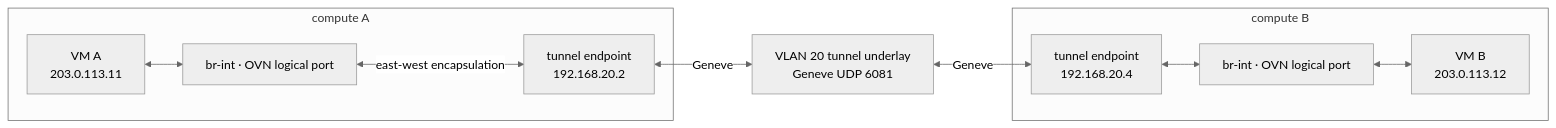
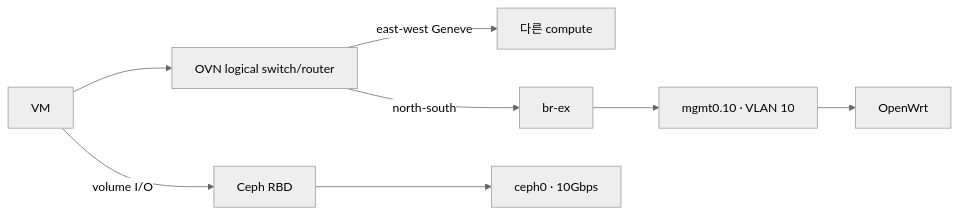
The second of 2 diagrams in docs/network-segmentation.md (overture-1928/Infra), drawn with Mermaid (neutral theme) before and after one commit. The commit also changed other lines of this file and 39 other files, not shown here.

First line of the commit message:
Deploy fresh three-node Ceph OpenStack

````diff
--- a/docs/network-segmentation.md
+++ b/docs/network-segmentation.md
@@ -174,23 +74,11 @@
 ```mermaid
 flowchart LR
-    subgraph source["compute A"]
-        vma["VM A<br/>203.0.113.11"]
-        inta["br-int · OVN logical port"]
-        tuna["tunnel endpoint<br/>192.168.20.2"]
-    end
+  VM["VM"] --> OVN["OVN logical switch/router"]
+  OVN -->|"east-west Geneve"| COMPUTE["다른 compute"]
+  OVN -->|"north-south"| BR["br-ex"]
+  BR --> VLAN["mgmt0.10 · VLAN 10"]
+  VLAN --> ROUTER["OpenWrt"]
 
-    tnet["VLAN 20 tunnel underlay<br/>Geneve UDP 6081"]
-
-    subgraph destination["compute B"]
-        tunb["tunnel endpoint<br/>192.168.20.4"]
-        intb["br-int · OVN logical port"]
-        vmb["VM B<br/>203.0.113.12"]
-    end
-
-    vma <--> inta
-    inta <-->|"east-west encapsulation"| tuna
-    tuna <-->|"Geneve"| tnet
-    tnet <-->|"Geneve"| tunb
-    tunb <--> intb
-    intb <--> vmb
+  VM -->|"volume I/O"| RBD["Ceph RBD"]
+  RBD --> CEPH["ceph0 · 10Gbps"]
 ```
````
